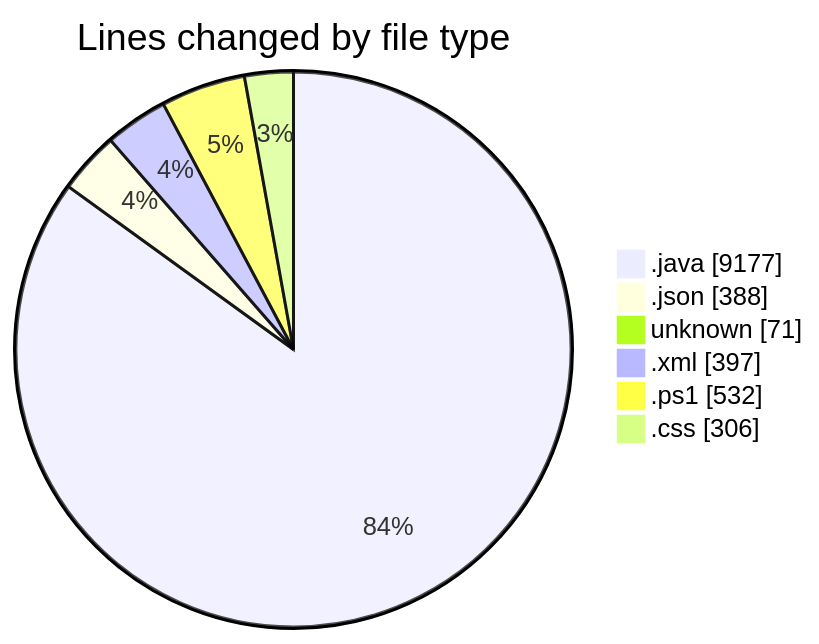
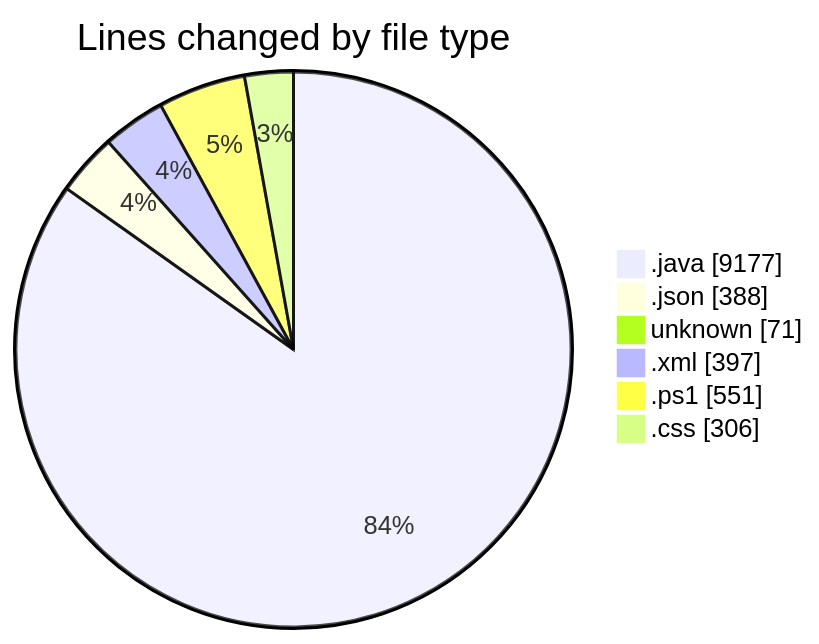
The first of 2 diagrams in 2025-02-25/micros/README.md (charlie-sans/code-tracking), drawn with Mermaid before and after one commit. The commit also changed other lines of this file and 1 other file, not shown here.

````diff
--- a/2025-02-25/micros/README.md
+++ b/2025-02-25/micros/README.md
@@ -62,10 +62,10 @@
 ```mermaid
 pie showData
 title Lines changed by file type
 ".java" : 9177
 ".json" : 388
 "unknown" : 71
 ".xml" : 397
-".ps1" : 532
+".ps1" : 551
 ".css" : 306
 ```
````
